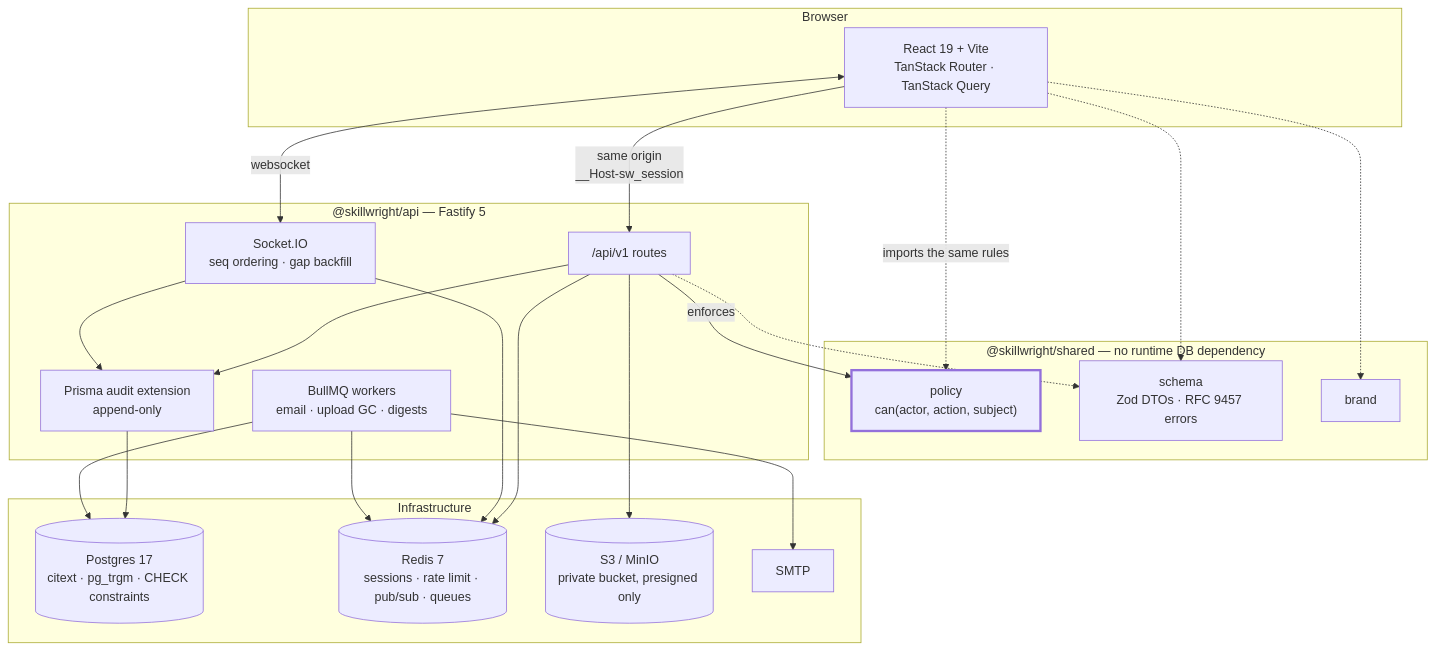
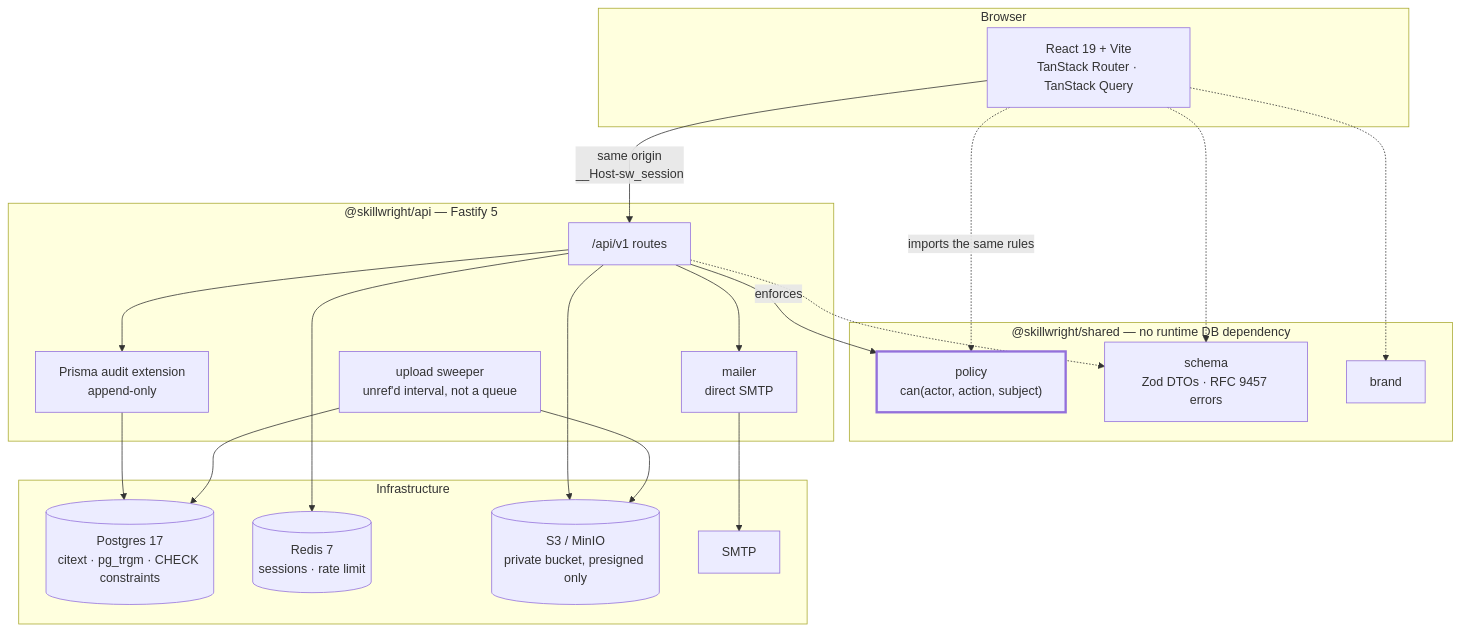
One commit to kaleem-Durrani/skillwright changed the diagram in README.md. Above: the diagram before and after it, drawn with Mermaid. The commit also changed other lines of this file and 4 other files, not shown here.

````diff
--- a/README.md
+++ b/README.md
@@ -78,48 +78,46 @@
 ```mermaid
 flowchart TB
     subgraph client["Browser"]
         SPA["React 19 + Vite<br/>TanStack Router · TanStack Query"]
     end
 
     subgraph shared["@skillwright/shared — no runtime DB dependency"]
         POL["policy<br/>can(actor, action, subject)"]
         DTO["schema<br/>Zod DTOs · RFC 9457 errors"]
         BRD["brand"]
     end
 
     subgraph api["@skillwright/api — Fastify 5"]
         HTTP["/api/v1 routes"]
-        WS["Socket.IO<br/>seq ordering · gap backfill"]
-        JOBS["BullMQ workers<br/>email · upload GC · digests"]
         AUD["Prisma audit extension<br/>append-only"]
+        SWEEP["upload sweeper<br/>unref'd interval, not a queue"]
+        MAIL["mailer<br/>direct SMTP"]
     end
 
     subgraph data["Infrastructure"]
         PG[("Postgres 17<br/>citext · pg_trgm · CHECK constraints")]
-        RDS[("Redis 7<br/>sessions · rate limit · pub/sub · queues")]
+        RDS[("Redis 7<br/>sessions · rate limit")]
         S3[("S3 / MinIO<br/>private bucket, presigned only")]
         SMTP["SMTP"]
     end
 
     SPA -->|"same origin<br/>__Host-sw_session"| HTTP
-    SPA <-->|websocket| WS
 
     SPA -.->|"imports the same rules"| POL
     HTTP -->|"enforces"| POL
     SPA -.-> DTO
     HTTP -.-> DTO
     SPA -.-> BRD
 
     HTTP --> AUD
-    WS --> AUD
     AUD --> PG
     HTTP --> RDS
-    WS --> RDS
     HTTP --> S3
-    JOBS --> RDS
-    JOBS --> SMTP
-    JOBS --> PG
+    HTTP --> MAIL
+    MAIL --> SMTP
+    SWEEP --> S3
+    SWEEP --> PG
 
     classDef proof stroke-width:3px
     class POL proof
 ```
````
